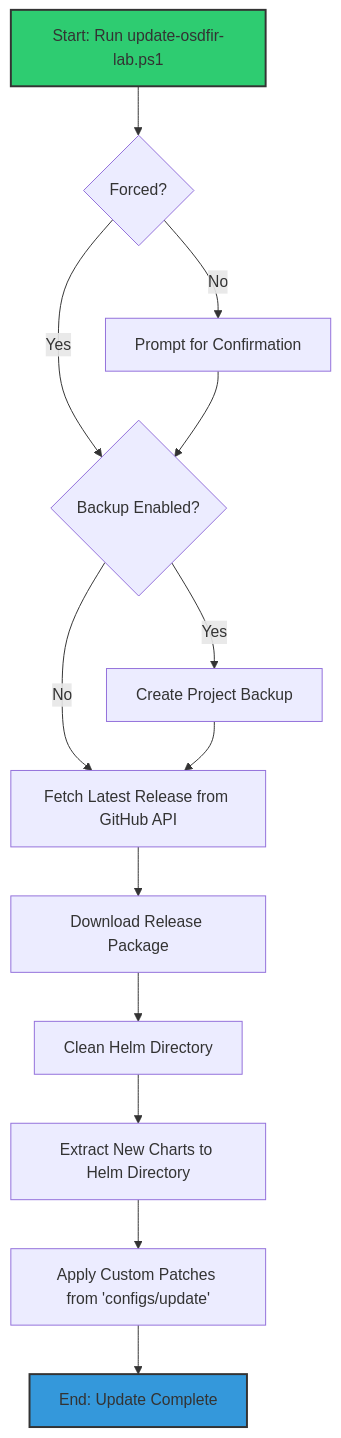
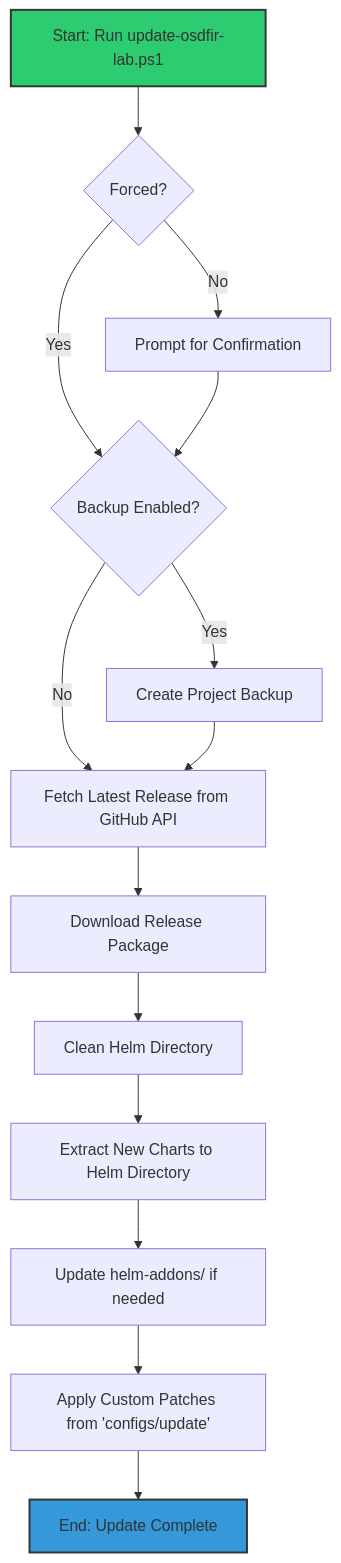
Before and after one commit to kev365/OSDFIR-Lab: the diagram in docs/flowchart-osdfir-update.mmd, drawn with Mermaid. The commit also changed 33 other files, not shown here.

First line of the commit message:
feat: Refactor to use upstream helm chart with custom add-ons

```diff
--- a/docs/flowchart-osdfir-update.mmd
+++ b/docs/flowchart-osdfir-update.mmd
@@ -1,18 +1,19 @@
 graph TD
     A[Start: Run update-osdfir-lab.ps1] --> B{Forced?};
     B -- No --> C[Prompt for Confirmation];
     B -- Yes --> D{Backup Enabled?};
     C --> D;
 
     D -- Yes --> E[Create Project Backup];
     D -- No --> F[Fetch Latest Release from GitHub API];
     E --> F;
 
     F --> G[Download Release Package];
     G --> H[Clean Helm Directory];
     H --> I[Extract New Charts to Helm Directory];
-    I --> J[Apply Custom Patches from 'configs/update'];
-    J --> K[End: Update Complete];
+    I --> J[Update helm-addons/ if needed];
+    J --> K[Apply Custom Patches from 'configs/update'];
+    K --> L[End: Update Complete];
 
     style A fill:#2ecc71,stroke:#333,stroke-width:2px
-    style K fill:#3498db,stroke:#333,stroke-width:2px
+    style L fill:#3498db,stroke:#333,stroke-width:2px
```
